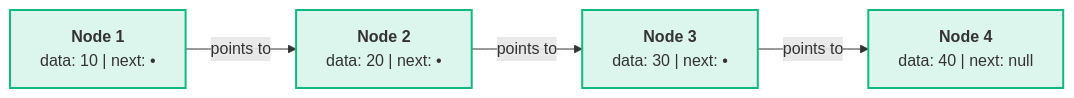
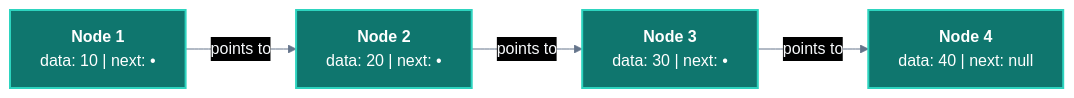
The third of 11 diagrams in CS/DSA/03. Linked Lists/01. Linked List Fundamentals.md (abhinavbharti2345/CS_Notes), drawn with Mermaid before and after one commit. The commit also changed other lines of this file and 195 other files, not shown here.

````diff
--- a/CS/DSA/03. Linked Lists/01. Linked List Fundamentals.md
+++ b/CS/DSA/03. Linked Lists/01. Linked List Fundamentals.md
@@ -95,9 +105,10 @@
 ```mermaid
+%%{init: {'theme': 'base', 'themeVariables': { 'darkMode': true, 'background': '#0B0F14', 'mainBkg': '#111827', 'primaryColor': '#111827', 'primaryTextColor': '#F8FAFC', 'primaryBorderColor': '#38BDF8', 'lineColor': '#64748B', 'secondaryColor': '#0B0F14', 'tertiaryColor': '#0B0F14', 'clusterBkg': '#0B0F14', 'clusterBorder': '#38BDF8' }}}%%
 flowchart LR
     N1["<b>Node 1</b><br/>data: 10 | next: •"] -->|points to| N2["<b>Node 2</b><br/>data: 20 | next: •"]
     N2 -->|points to| N3["<b>Node 3</b><br/>data: 30 | next: •"]
     N3 -->|points to| N4["<b>Node 4</b><br/>data: 40 | next: null"]
 
-    classDef nodeBox fill:#10b98125,stroke:#10b981,stroke-width:2px;
+    classDef nodeBox fill:#0f766e,stroke:#2dd4bf,stroke-width:2px,color:#ffffff;
     class N1,N2,N3,N4 nodeBox;
 ```
````
